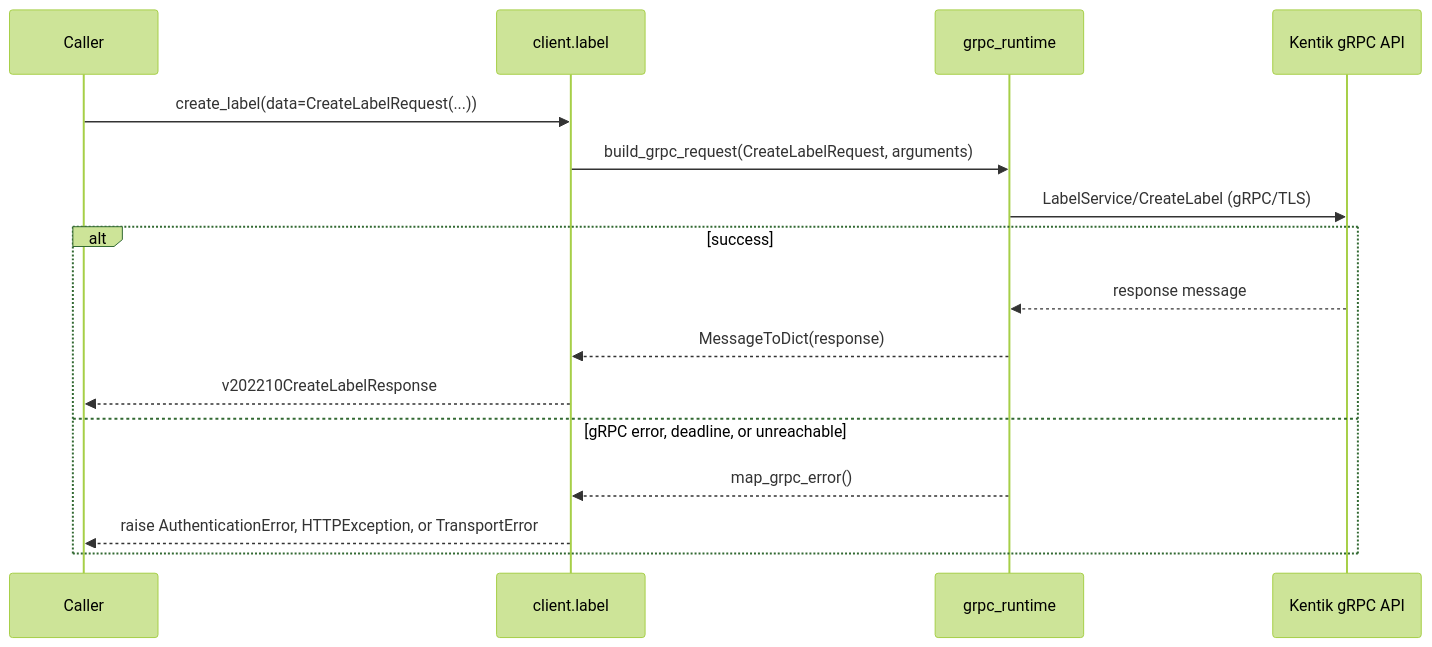
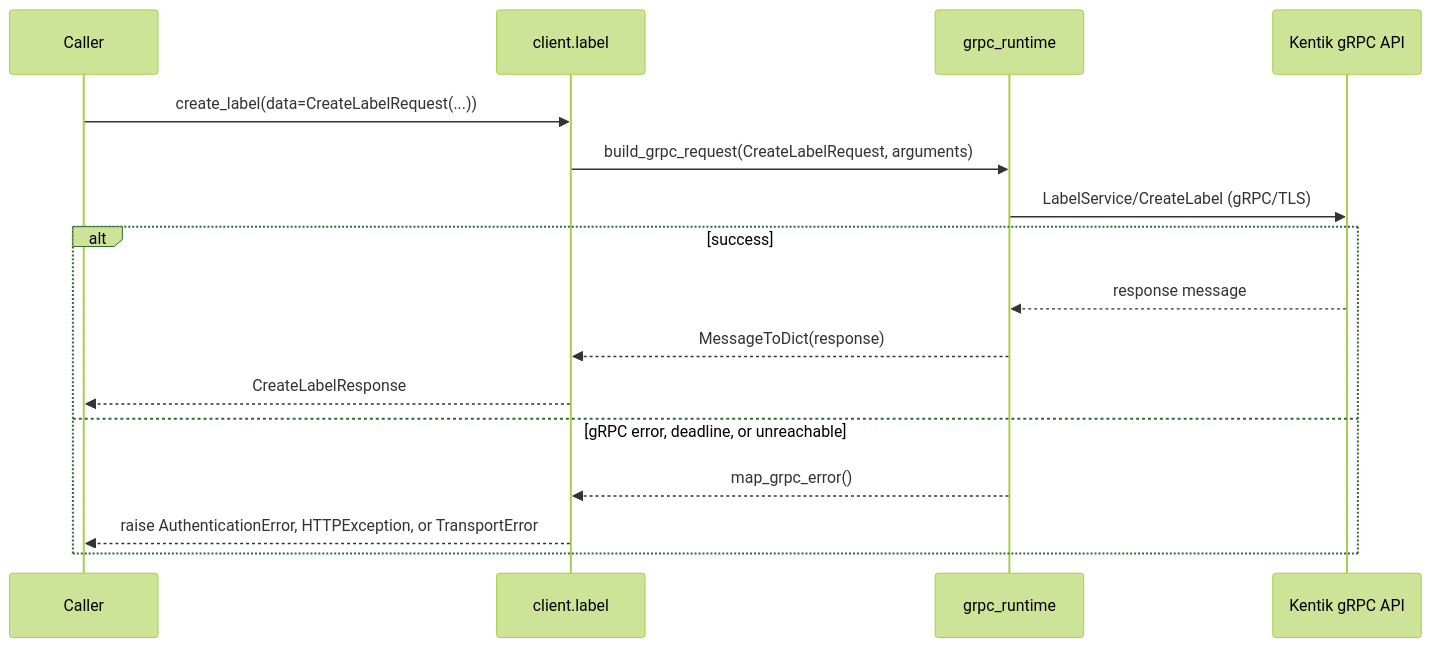
Before and after one commit to alexdearaujo/community_sdk_python: the fifth of 10 diagrams in docs/sphinx/services/label.md, drawn with Mermaid (forest theme). The commit also changed other lines of this file and 38 other files, not shown here.

````diff
--- a/docs/sphinx/services/label.md
+++ b/docs/sphinx/services/label.md
@@ -127,19 +127,19 @@
 ```mermaid
 sequenceDiagram
     participant C as Caller
     participant W as client.label
     participant R as grpc_runtime
     participant API as Kentik gRPC API
 
     C->>W: create_label(data=CreateLabelRequest(...))
     W->>R: build_grpc_request(CreateLabelRequest, arguments)
     R->>API: LabelService/CreateLabel (gRPC/TLS)
     alt success
         API-->>R: response message
         R-->>W: MessageToDict(response)
-        W-->>C: v202210CreateLabelResponse
+        W-->>C: CreateLabelResponse
     else gRPC error, deadline, or unreachable
         R-->>W: map_grpc_error()
         W-->>C: raise AuthenticationError, HTTPException, or TransportError
     end
 ```
````
